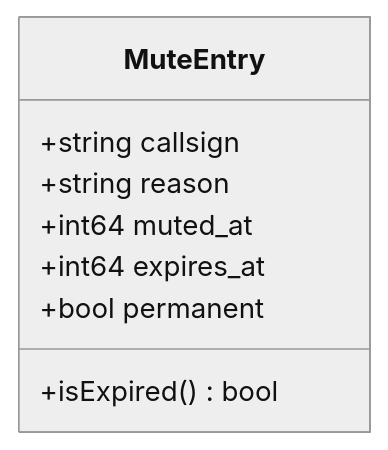
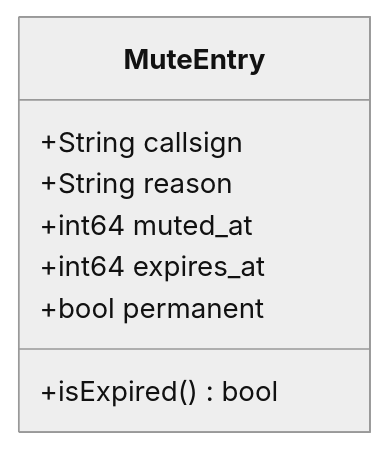
The fifth of 11 diagrams in docs/SvxReflector_Admin_API_Reference.md (chakphanu/svxlink), drawn with Mermaid (neutral theme) before and after one commit. The commit also changed other lines of this file, not shown here.

First line of the commit message:
Fix Mermaid diagram syntax in API docs

````diff
--- a/docs/SvxReflector_Admin_API_Reference.md
+++ b/docs/SvxReflector_Admin_API_Reference.md
@@ -887,11 +887,11 @@
 ```mermaid
 classDiagram
     class MuteEntry {
-        +string callsign
-        +string reason
+        +String callsign
+        +String reason
         +int64 muted_at
         +int64 expires_at
         +bool permanent
         +isExpired() bool
     }
 ```
````
